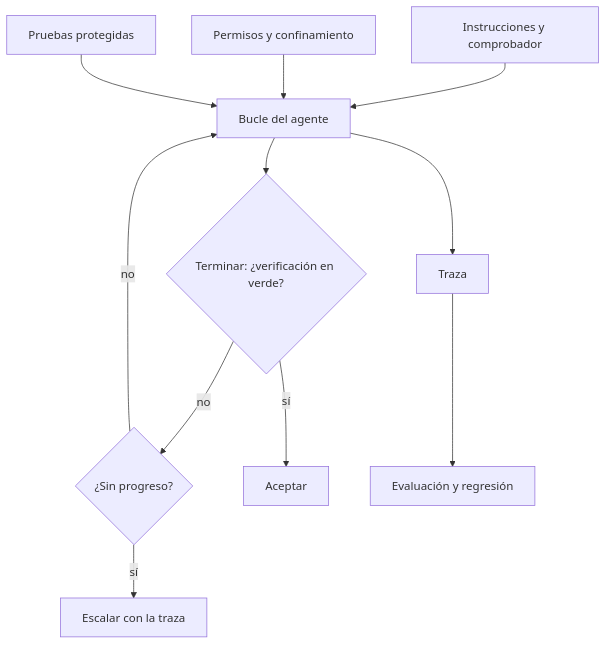
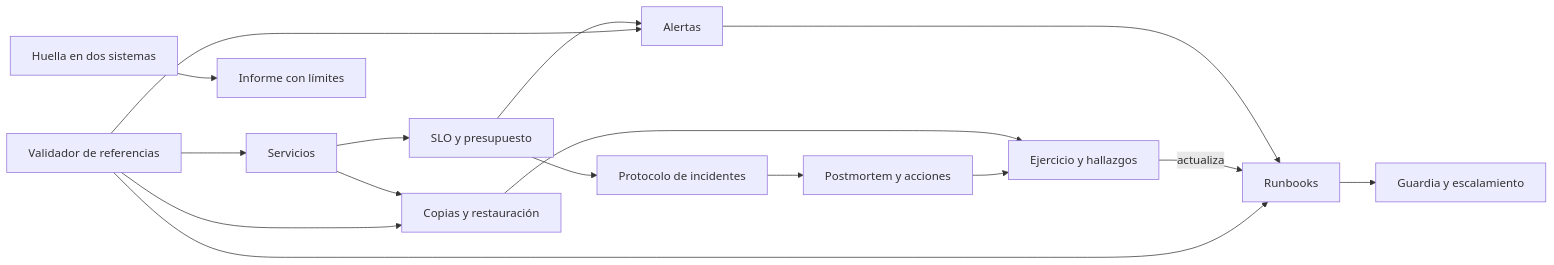
One commit to vladimiracunadev-create/modern-software-engineering-program changed the diagram in content/part-41/SE-504.md. Above: the diagram before and after it, drawn with Mermaid. The commit also changed other lines of this file and 5193 other files, not shown here.

````diff
--- a/content/part-41/SE-504.md
+++ b/content/part-41/SE-504.md
@@ -57,13 +55,18 @@
 ```mermaid
-flowchart TD
-    I[Instrucciones y comprobador] --> L[Bucle del agente]
-    P[Permisos y confinamiento] --> L
-    T[Pruebas protegidas] --> L
-    L --> V{Terminar: ¿verificación en verde?}
-    V -->|no| N{¿Sin progreso?}
-    N -->|no| L
-    N -->|sí| E[Escalar con la traza]
-    V -->|sí| OK[Aceptar]
-    L --> R[Traza]
-    R --> EV[Evaluación y regresión]
+flowchart LR
+    A[Servicios] --> B[SLO y presupuesto]
+    B --> C[Alertas]
+    C --> D[Runbooks]
+    D --> E[Guardia y escalamiento]
+    B --> F[Protocolo de incidentes]
+    F --> G[Postmortem y acciones]
+    A --> H[Copias y restauración]
+    H --> I[Ejercicio y hallazgos]
+    G --> I
+    I -->|actualiza| D
+    J[Validador de referencias] --> A
+    J --> C
+    J --> D
+    J --> H
+    K[Huella en dos sistemas] --> L[Informe con límites]
 ```
````
